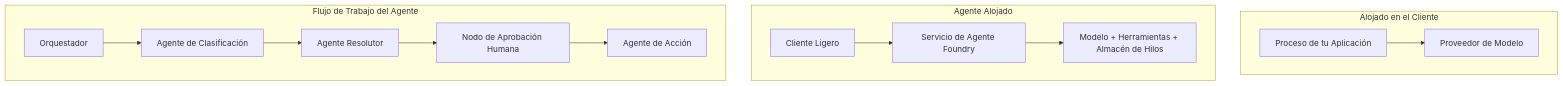
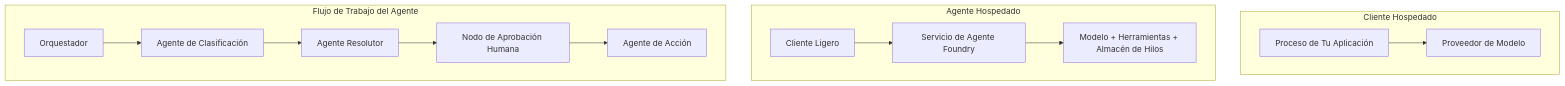
Before and after one commit to gabrielmoreira/agent-skills-mirror: the first of 4 diagrams in mirrors/repos/microsoft@ai-agents-for-beginners/translations/es/16-deploying-scalable-agents/README.md, drawn with Mermaid. The commit also changed other lines of this file and 4262 other files, not shown here.

````diff
--- a/mirrors/repos/microsoft@ai-agents-for-beginners/translations/es/16-deploying-scalable-agents/README.md
+++ b/mirrors/repos/microsoft@ai-agents-for-beginners/translations/es/16-deploying-scalable-agents/README.md
@@ -87,16 +87,16 @@
 ```mermaid
 flowchart TB
-    subgraph P1[Alojado en el Cliente]
-        A1[Proceso de tu Aplicación] --> M1[Proveedor de Modelo]
+    subgraph P1[Cliente Hospedado]
+        A1[Proceso de Tu Aplicación] --> M1[Proveedor de Modelo]
     end
-    subgraph P2[Agente Alojado]
+    subgraph P2[Agente Hospedado]
         A2[Cliente Ligero] --> F2[Servicio de Agente Foundry]
         F2 --> M2[Modelo + Herramientas + Almacén de Hilos]
     end
     subgraph P3[Flujo de Trabajo del Agente]
         A3[Orquestador] --> S1[Agente de Clasificación]
         S1 --> S2[Agente Resolutor]
         S2 --> H[Nodo de Aprobación Humana]
         H --> S3[Agente de Acción]
     end
 ```
````
